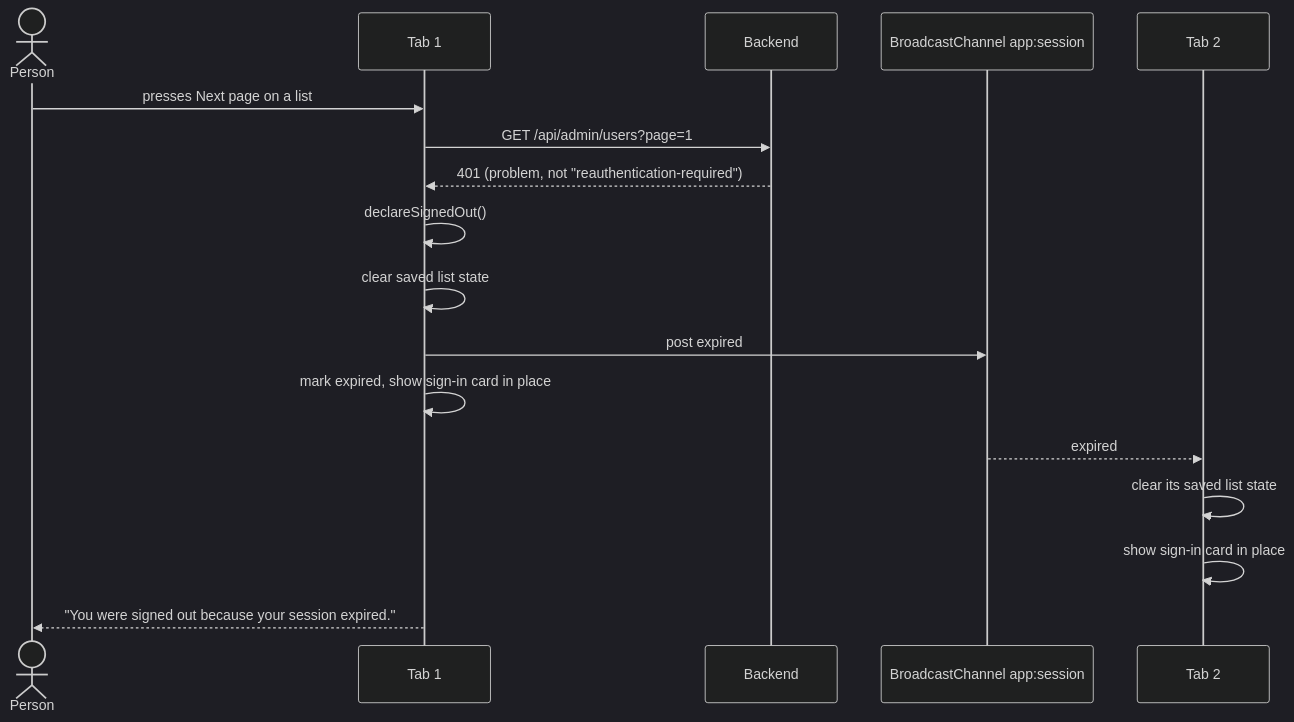
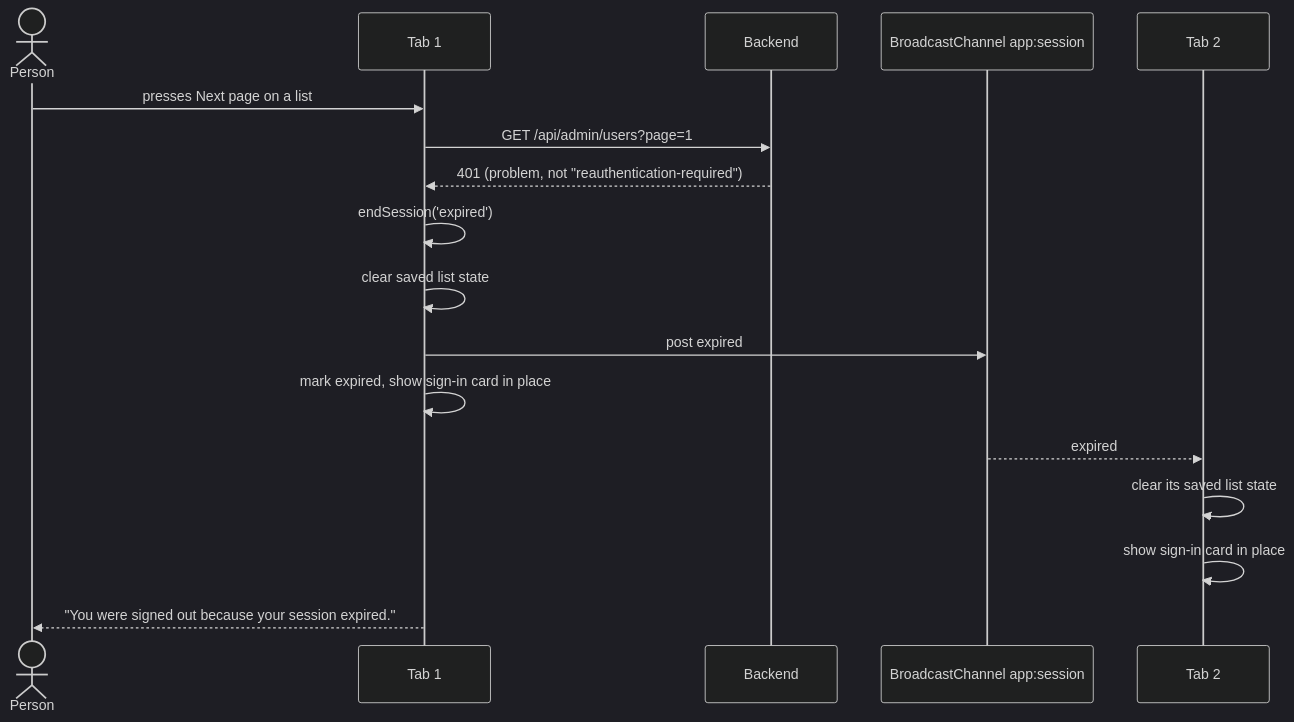
One commit to justin-tay/typescript-react-app-web-frontend-template changed the fourth of 11 diagrams in docs/system-design/06-runtime-view.md. Above: the diagram before and after it, drawn with Mermaid (dark theme). The commit also changed 19 other files, not shown here.

````diff
--- a/docs/system-design/06-runtime-view.md
+++ b/docs/system-design/06-runtime-view.md
@@ -158,20 +158,20 @@
 ```mermaid
 sequenceDiagram
     actor P as Person
     participant T1 as Tab 1
     participant B as Backend
     participant C as BroadcastChannel app:session
     participant T2 as Tab 2
 
     P->>T1: presses Next page on a list
     T1->>B: GET /api/admin/users?page=1
     B-->>T1: 401 (problem, not "reauthentication-required")
-    T1->>T1: declareSignedOut()
+    T1->>T1: endSession('expired')
     T1->>T1: clear saved list state
     T1->>C: post expired
     T1->>T1: mark expired, show sign-in card in place
     C-->>T2: expired
     T2->>T2: clear its saved list state
     T2->>T2: show sign-in card in place
     T1-->>P: "You were signed out because your session expired."
 ```
````
